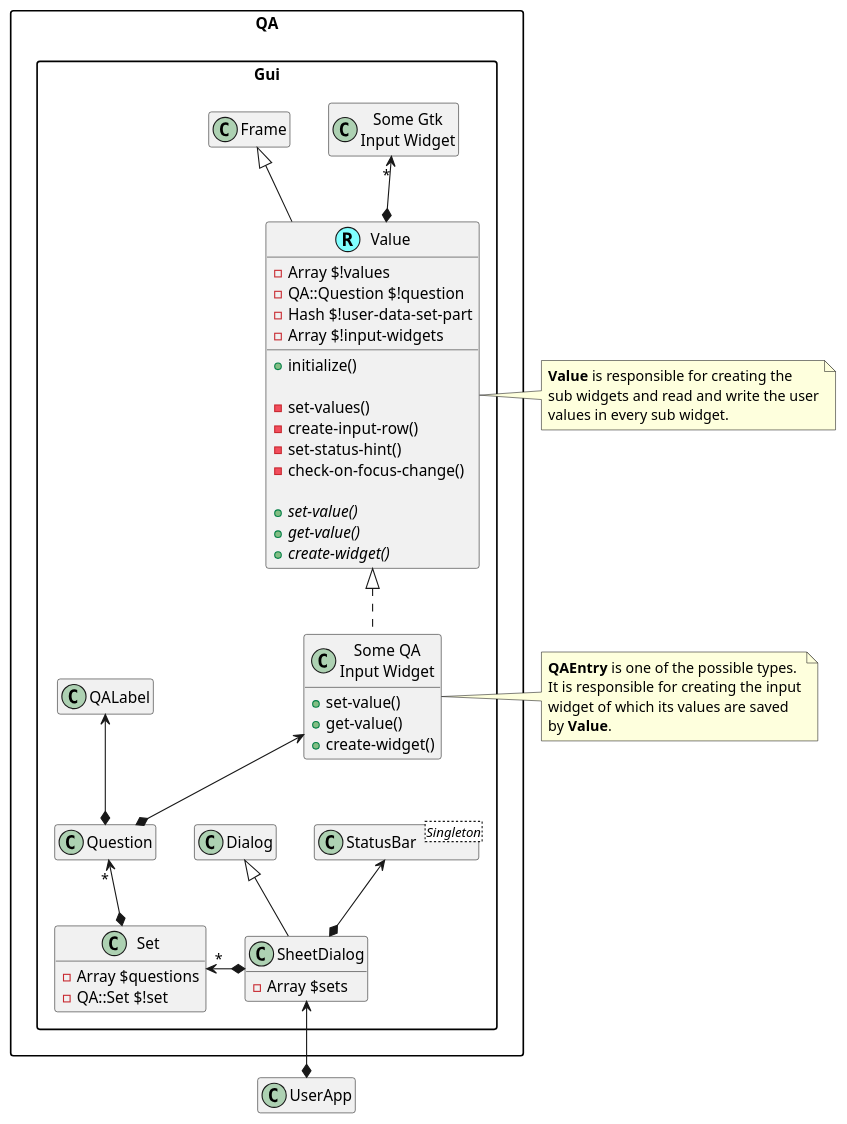
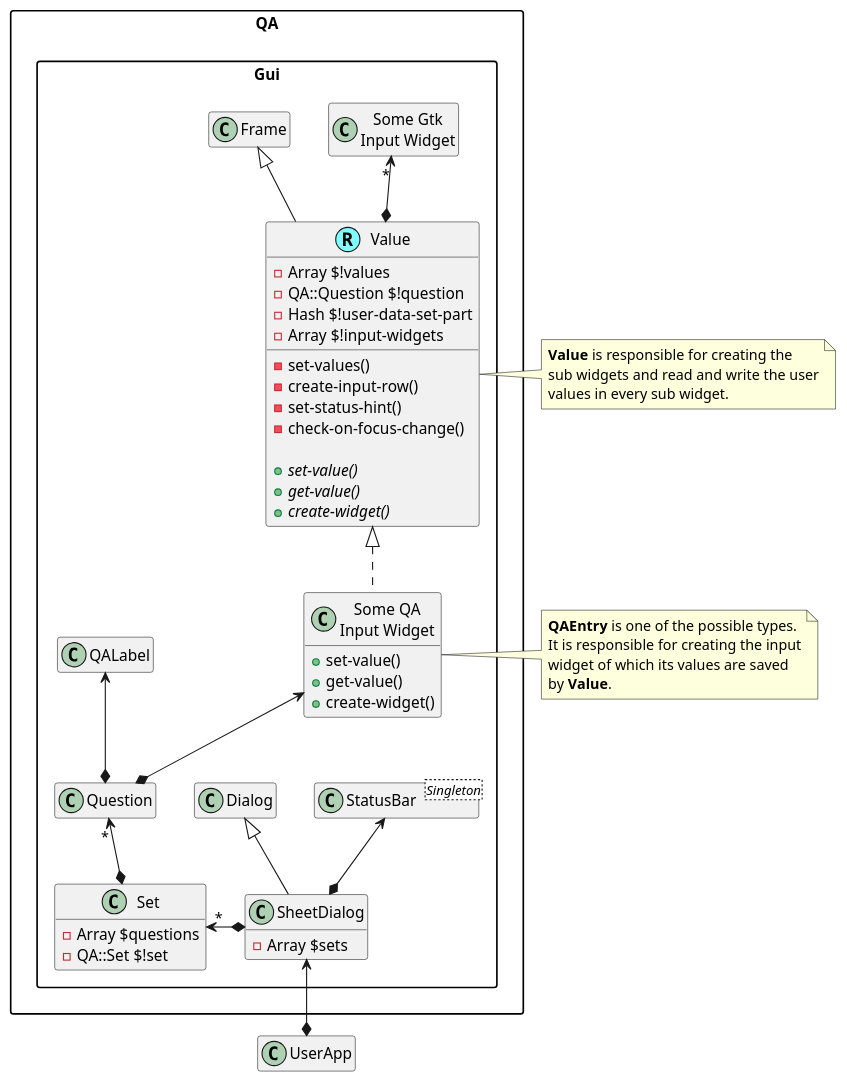
One commit to MARTIMM/question-answer changed the diagram in doc/plantuml/SheetDialog.md. Above: the diagram before and after it, drawn with PlantUML. The commit also changed 11 other files, not shown here.

````diff
--- a/doc/plantuml/SheetDialog.md
+++ b/doc/plantuml/SheetDialog.md
@@ -1,76 +1,74 @@
 ```plantuml
 @startuml
 'scale 0.9
 skinparam packageStyle rectangle
 skinparam stereotypeCBackgroundColor #80ffff
 set namespaceSeparator ::
 hide empty members
 
 'class QA::Gui::Frame <<(R,#80ffff)>>
 'class QA::Gui::Repeat <<(R,#80ffff)>>
 
 'class QA::Gui::StatusBar <<(R,#80ffff)>>
 class QA::Gui::StatusBar <Singleton>
 'class Gnome::N::TopLevelClassSupport < Catch all class >
 
 class QA::Gui::Value <<(R,#80ffff)>> {
-  +initialize()
-
   -set-values()
   -create-input-row()
   -set-status-hint()
   -check-on-focus-change()
 
   +{abstract} set-value()
   +{abstract} get-value()
 '  +{abstract} check-value()
   +{abstract} create-widget()
 
   -Array $!values
   -QA::Question $!question
   -Hash $!user-data-set-part
   -Array $!input-widgets
 }
 
 note right of QA::Gui::Value : <b>Value</b> is responsible for creating the\nsub widgets and read and write the user\nvalues in every sub widget.
 
 class "Some Gtk\nInput Widget" as QA::Gui::GtkIOWidget
 
 class "Some QA\nInput Widget" as QA::Gui::QAIOWidget {
   +set-value()
   +get-value()
 '  +check-value()
   +create-widget()
 }
 
 note right of QA::Gui::QAIOWidget : <b>QAEntry</b> is one of the possible types.\nIt is responsible for creating the input\nwidget of which its values are saved\nby <b>Value</b>.
 
 class QA::Gui::Set {
   -Array $questions
   -QA::Set $!set
 }
 
 class QA::Gui::SheetDialog {
   -Array $sets
 }
 
 
 'QA::Gui::Set *--> QA::Set
 'QA::Gui::Repeat <|.. QA::Gui::QAIOWidget
 
 QA::Gui::Dialog <|-- QA::Gui::SheetDialog
 QA::Gui::Set "*" <-* QA::Gui::SheetDialog
 QA::Gui::SheetDialog <--* UserApp
 QA::Gui::StatusBar <--* QA::Gui::SheetDialog
 
 QA::Gui::Value <|.. QA::Gui::QAIOWidget
 QA::Gui::Frame <|-- QA::Gui::Value
 QA::Gui::GtkIOWidget "*" <--* QA::Gui::Value
 
 QA::Gui::QAIOWidget <--* QA::Gui::Question
 QA::Gui::QALabel <--* QA::Gui::Question
 
 QA::Gui::Question "*" <--* QA::Gui::Set
 
 @enduml
 ```
````
